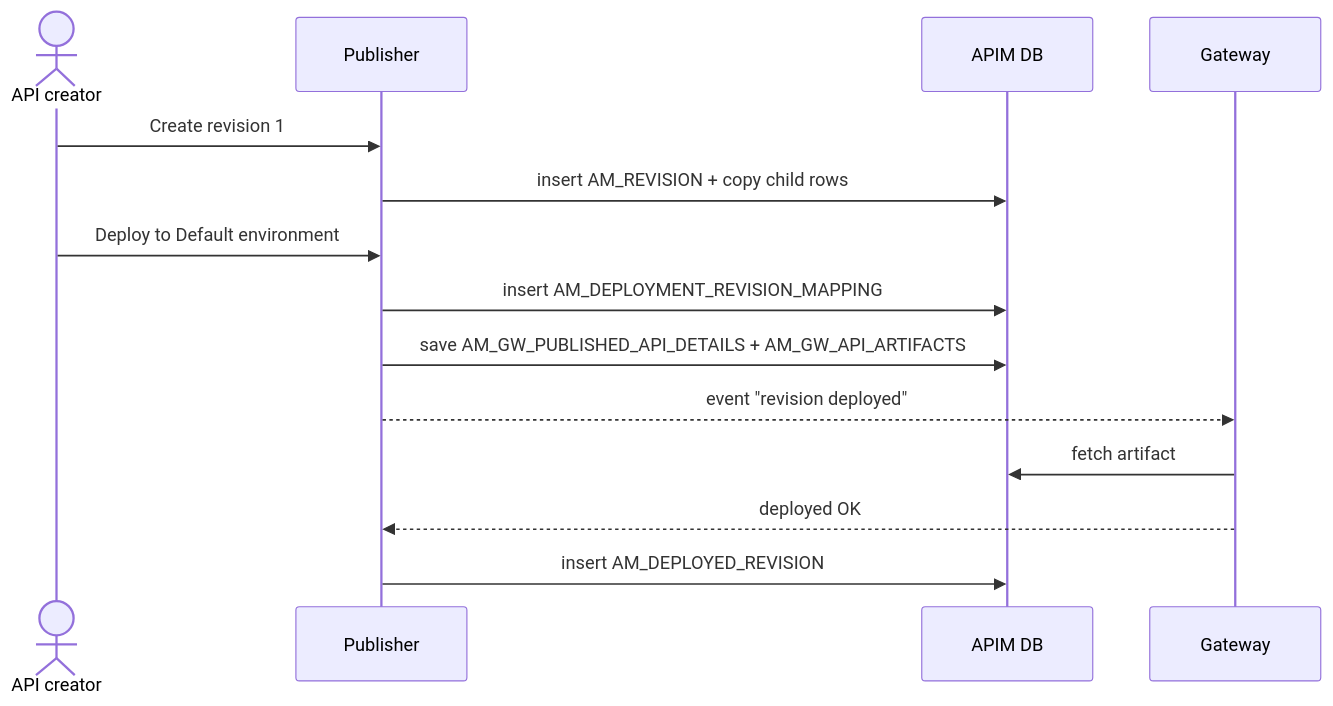
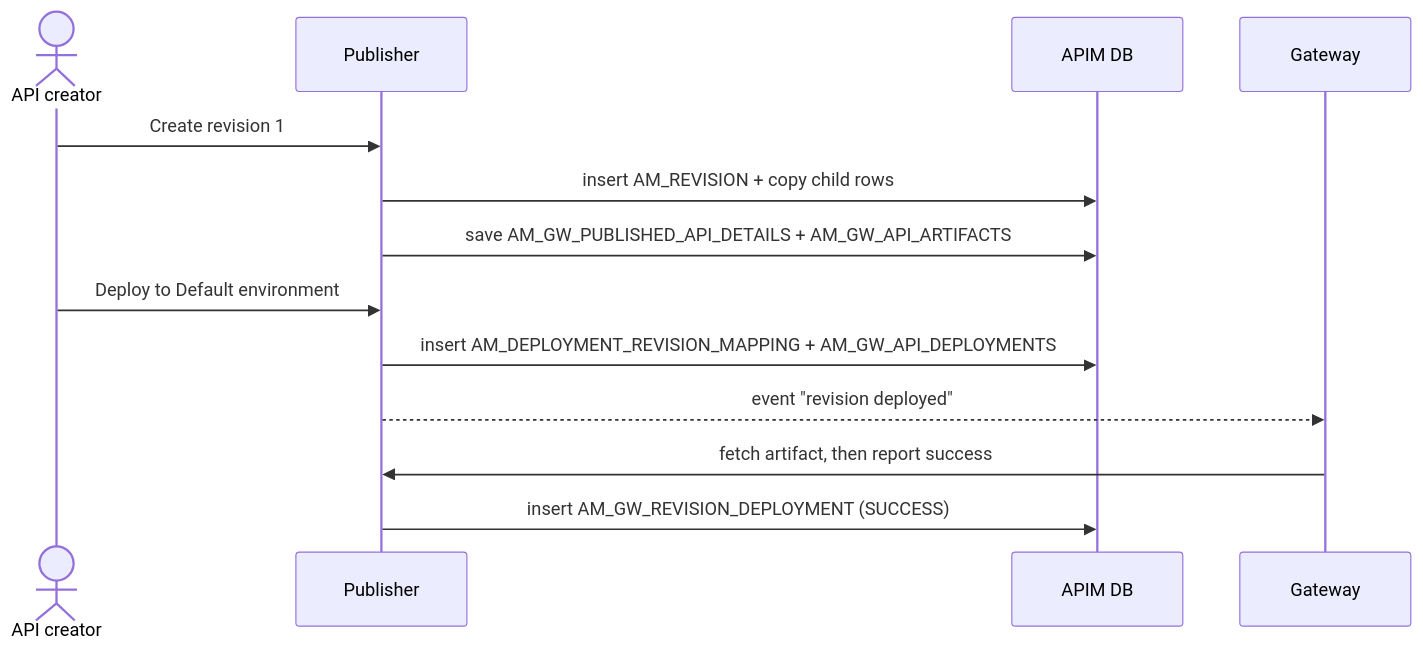
Before and after one commit to SaviNimz/apim-db-docs: the diagram in docs/apim-4/flows/04-deploy-revision.md, drawn with Mermaid. The commit also changed other lines of this file and 55 other files, not shown here.

First line of the commit message:
Verify all core flows against running 3.2.0 and 4.7.0 servers

````diff
--- a/docs/apim-4/flows/04-deploy-revision.md
+++ b/docs/apim-4/flows/04-deploy-revision.md
@@ -17,16 +24,15 @@
 ```mermaid
 sequenceDiagram
     actor Creator as API creator
     participant Pub as Publisher
     participant DB as APIM DB
     participant GW as Gateway
     Creator->>Pub: Create revision 1
     Pub->>DB: insert AM_REVISION + copy child rows
+    Pub->>DB: save AM_GW_PUBLISHED_API_DETAILS + AM_GW_API_ARTIFACTS
     Creator->>Pub: Deploy to Default environment
-    Pub->>DB: insert AM_DEPLOYMENT_REVISION_MAPPING
-    Pub->>DB: save AM_GW_PUBLISHED_API_DETAILS + AM_GW_API_ARTIFACTS
+    Pub->>DB: insert AM_DEPLOYMENT_REVISION_MAPPING + AM_GW_API_DEPLOYMENTS
     Pub-->>GW: event "revision deployed"
-    GW->>DB: fetch artifact
-    GW-->>Pub: deployed OK
-    Pub->>DB: insert AM_DEPLOYED_REVISION
+    GW->>Pub: fetch artifact, then report success
+    Pub->>DB: insert AM_GW_REVISION_DEPLOYMENT (SUCCESS)
 ```
````
